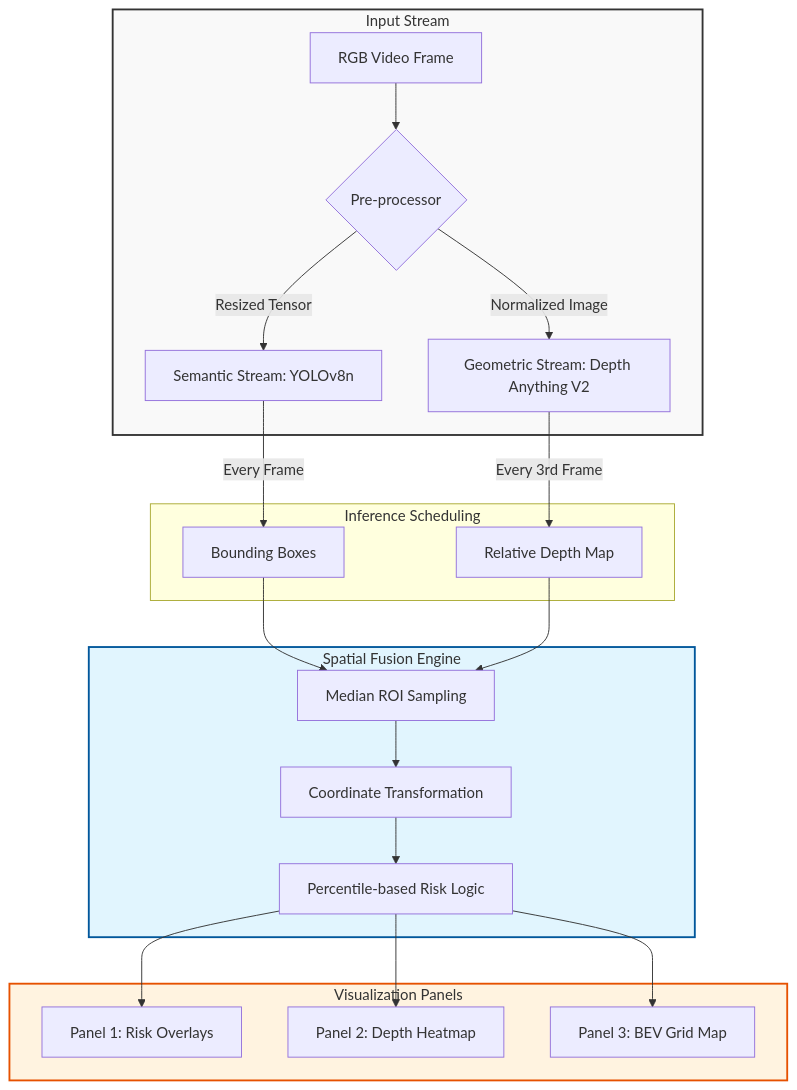
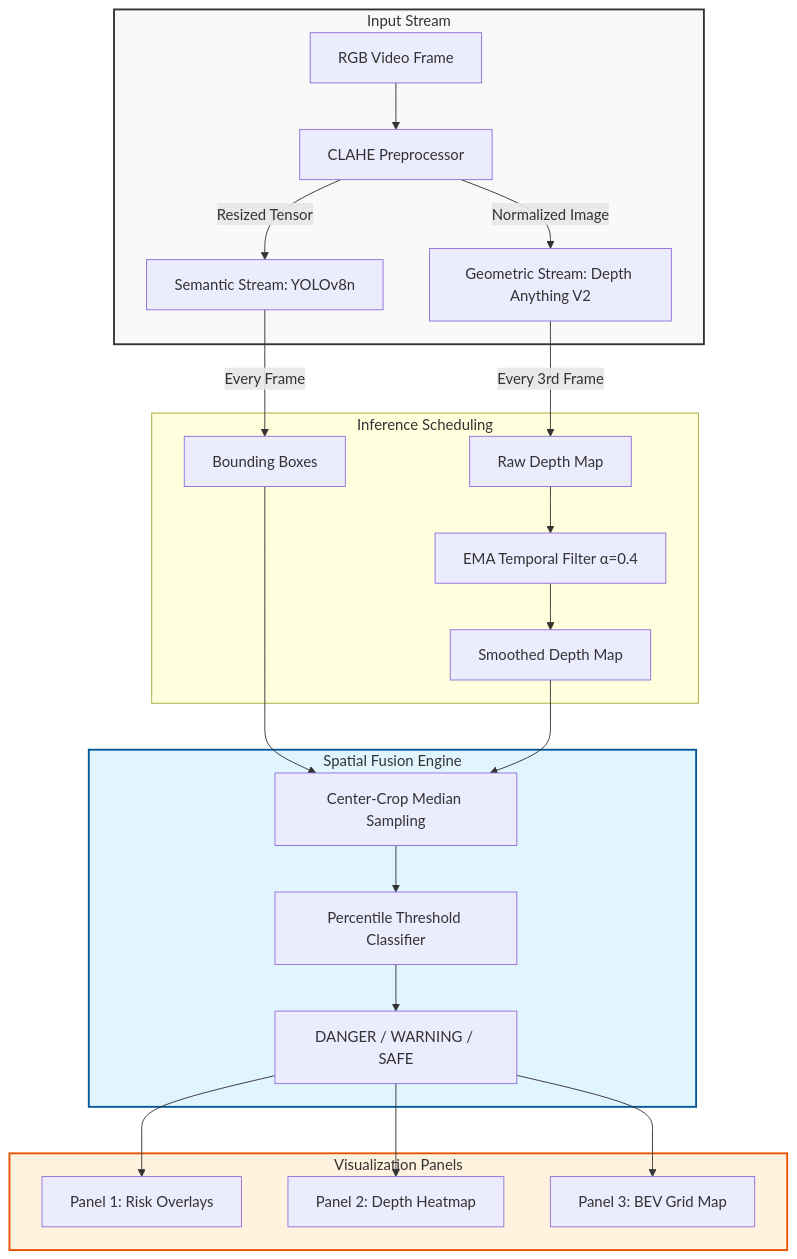
Before and after one commit to 0AnshuAditya0/monocular: the diagram in readme.md, drawn with Mermaid. The commit also changed other lines of this file, not shown here.

````diff
--- a/readme.md
+++ b/readme.md
@@ -40,29 +60,31 @@
 ```mermaid
 graph TD
     subgraph Input_Processing [Input Stream]
-        A[RGB Video Frame] --> B{Pre-processor}
+        A[RGB Video Frame] --> B[CLAHE Preprocessor]
         B -->|Resized Tensor| C1[Semantic Stream: YOLOv8n]
         B -->|Normalized Image| C2[Geometric Stream: Depth Anything V2]
     end
 
     subgraph Frequency_Control [Inference Scheduling]
         C1 -->|Every Frame| D1[Bounding Boxes]
-        C2 -->|Every 3rd Frame| D2[Relative Depth Map]
+        C2 -->|Every 3rd Frame| D2[Raw Depth Map]
+        D2 --> EMA[EMA Temporal Filter α=0.4]
+        EMA --> D3[Smoothed Depth Map]
     end
 
     subgraph Fusion_Layer [Spatial Fusion Engine]
-        D1 & D2 --> E[Median ROI Sampling]
-        E --> F[Coordinate Transformation]
-        F --> G[Percentile-based Risk Logic]
+        D1 & D3 --> E[Center-Crop Median Sampling]
+        E --> F[Percentile Threshold Classifier]
+        F --> G[DANGER / WARNING / SAFE]
     end
 
     subgraph Output_Telemetry [Visualization Panels]
         G --> H1[Panel 1: Risk Overlays]
         G --> H2[Panel 2: Depth Heatmap]
         G --> H3[Panel 3: BEV Grid Map]
     end
 
     style Input_Processing fill:#f9f9f9,stroke:#333,stroke-width:2px
     style Fusion_Layer fill:#e1f5fe,stroke:#01579b,stroke-width:2px
     style Output_Telemetry fill:#fff3e0,stroke:#e65100,stroke-width:2px
 ```
````
